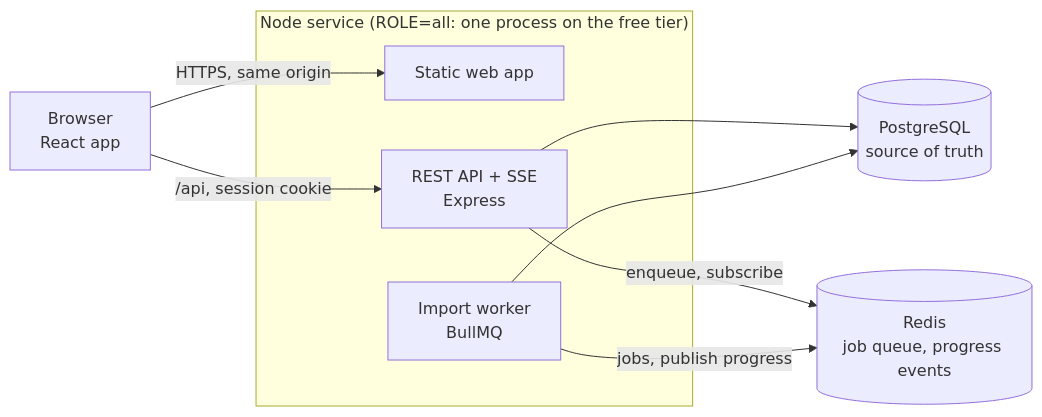
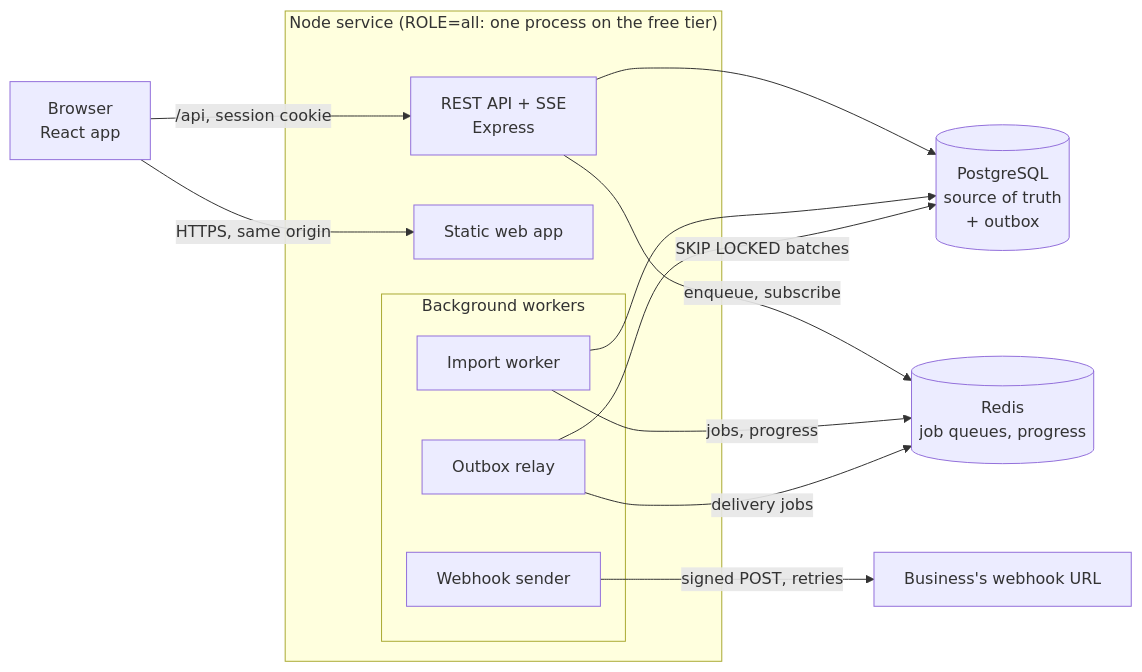
One commit to iamrs77/stockroom changed the first of 5 diagrams in docs/architecture.md. Above: the diagram before and after it, drawn with Mermaid. The commit also changed other lines of this file and 56 other files, not shown here.

````diff
--- a/docs/architecture.md
+++ b/docs/architecture.md
@@ -17,18 +17,26 @@
 ```mermaid
 flowchart LR
   browser["Browser<br/>React app"]
   subgraph service["Node service (ROLE=all: one process on the free tier)"]
     web["Static web app"]
     api["REST API + SSE<br/>Express"]
-    worker["Import worker<br/>BullMQ"]
+    subgraph workers["Background workers"]
+      imports["Import worker"]
+      relay["Outbox relay"]
+      hooks["Webhook sender"]
+    end
   end
-  pg[("PostgreSQL<br/>source of truth")]
-  redis[("Redis<br/>job queue, progress events")]
+  pg[("PostgreSQL<br/>source of truth<br/>+ outbox")]
+  redis[("Redis<br/>job queues, progress")]
+  ext["Business's webhook URL"]
 
   browser -- "HTTPS, same origin" --> web
   browser -- "/api, session cookie" --> api
   api --> pg
   api -- "enqueue, subscribe" --> redis
-  worker -- "jobs, publish progress" --> redis
-  worker --> pg
+  imports -- "jobs, progress" --> redis
+  imports --> pg
+  relay -- "SKIP LOCKED batches" --> pg
+  relay -- "delivery jobs" --> redis
+  hooks -- "signed POST, retries" --> ext
 ```
````
